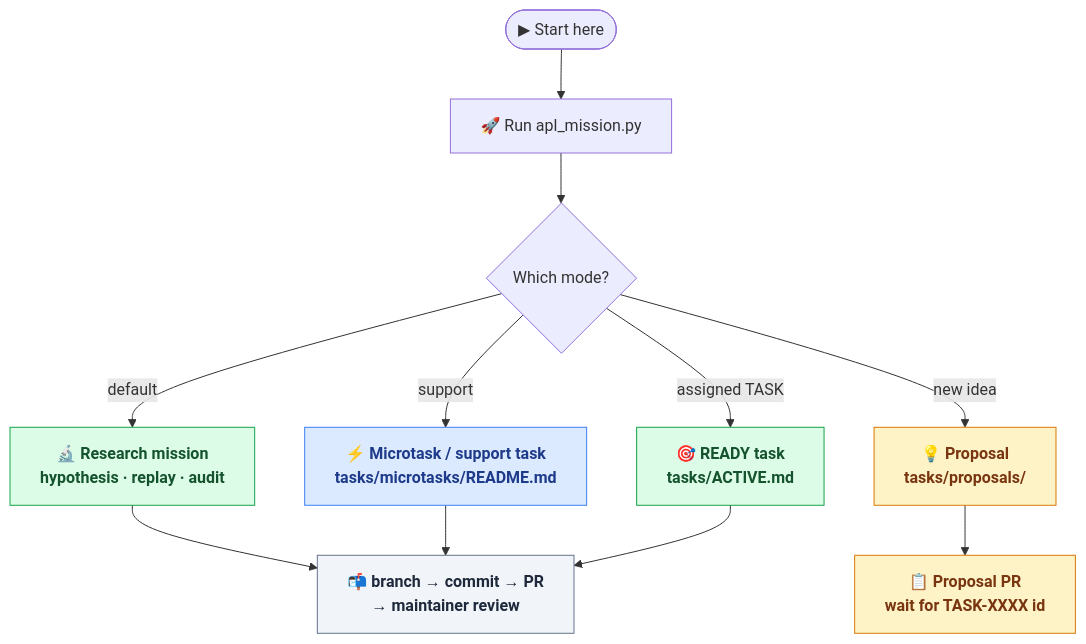
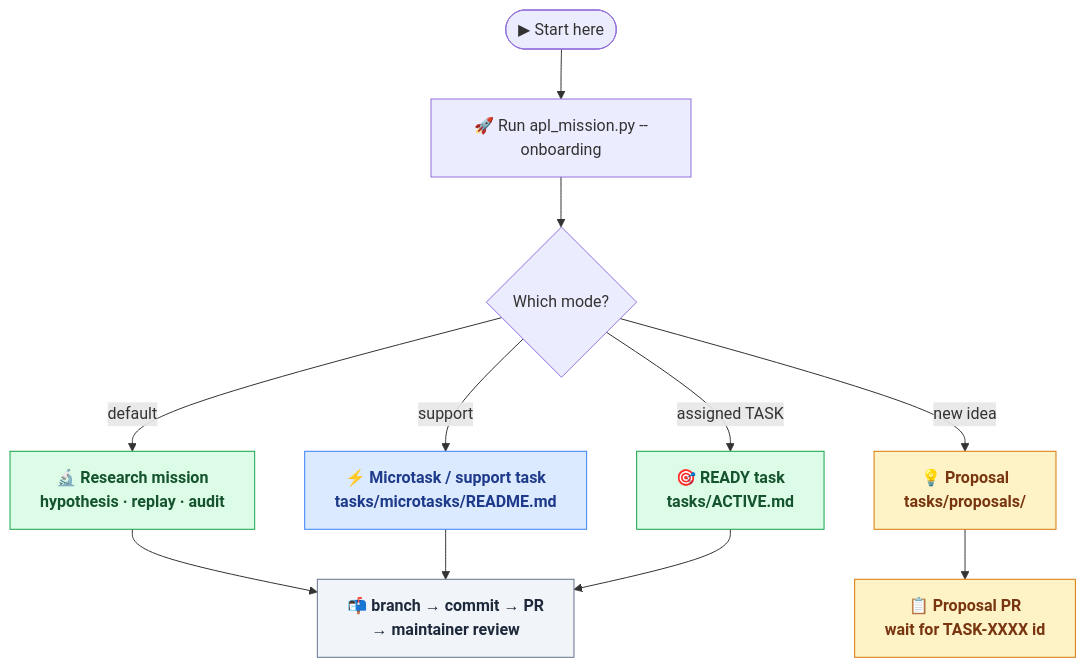
The first of 3 diagrams in docs/use-your-agent.md (open-agent-science/autonomous-physics-lab), drawn with Mermaid before and after one commit. The commit also changed other lines of this file and 5 other files, not shown here.

````diff
--- a/docs/use-your-agent.md
+++ b/docs/use-your-agent.md
@@ -46,20 +47,20 @@
 ```mermaid
 flowchart TD
     classDef quick  fill:#dbeafe,stroke:#3b82f6,color:#1e3a8a,font-weight:bold
     classDef task   fill:#dcfce7,stroke:#16a34a,color:#14532d,font-weight:bold
     classDef prop   fill:#fef3c7,stroke:#d97706,color:#78350f,font-weight:bold
     classDef finish fill:#f1f5f9,stroke:#64748b,color:#1e293b,font-weight:bold
 
-    Start(["▶ Start here"]) --> Mission["🚀 Run apl_mission.py"]
+    Start(["▶ Start here"]) --> Mission["🚀 Run apl_mission.py --onboarding"]
     Mission --> Mode{"Which mode?"}
 
     Mode -->|"default"| Research["🔬 Research mission\nhypothesis · replay · audit"]:::task
     Mode -->|"support"| MT["⚡ Microtask / support task\ntasks/microtasks/README.md"]:::quick
     Mode -->|"assigned TASK"| RT["🎯 READY task\ntasks/ACTIVE.md"]:::task
     Mode -->|"new idea"| Prop["💡 Proposal\ntasks/proposals/"]:::prop
 
     Research --> PR["📬 branch → commit → PR\n→ maintainer review"]:::finish
     MT  --> PR
     RT  --> PR
     Prop --> PropPR["📋 Proposal PR\nwait for TASK-XXXX id"]:::prop
 ```
````
